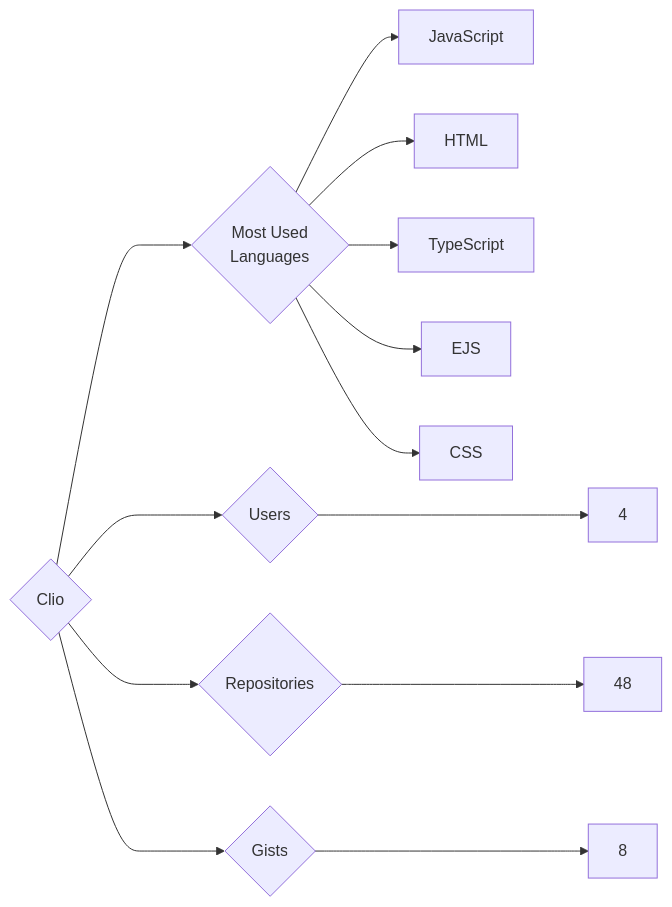
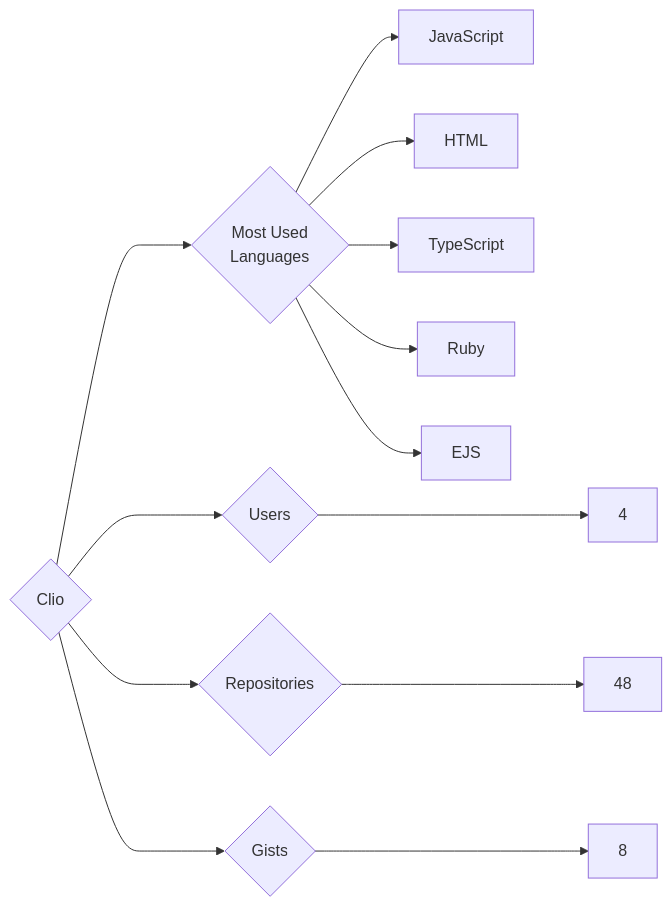
One commit to trickest/insiders changed the diagram in targets/Clio/README.md. Above: the diagram before and after it, drawn with Mermaid. The commit also changed 865 other files, not shown here.

````diff
--- a/targets/Clio/README.md
+++ b/targets/Clio/README.md
@@ -3,13 +3,13 @@
 ```mermaid
 graph LR
 COMPANY_NAME{Clio}
 COMPANY_NAME ---> U{Users} ---> UN[4]
 COMPANY_NAME ---> R{Repositories} ---> RN[48]
 COMPANY_NAME ---> G{Gists} ---> GN[8]
 COMPANY_NAME ---> ML{Most Used<br>Languages}
 ML --> JavaScript[JavaScript]
 ML --> HTML[HTML]
 ML --> TypeScript[TypeScript]
+ML --> Ruby[Ruby]
 ML --> EJS[EJS]
-ML --> CSS[CSS]
 ```
````
